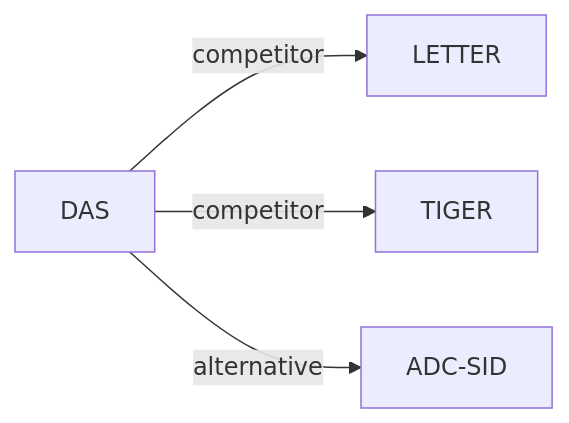
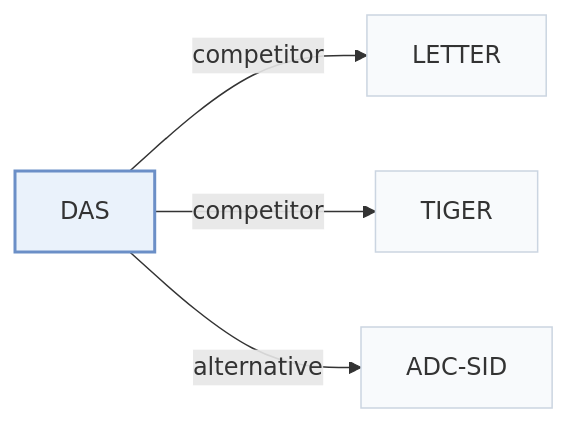
The second of 2 diagrams in pages/papers/das.md (Galaxy-ghost/Awesome-SID-Generative-Rec), drawn with Mermaid before and after one commit. The commit also changed other lines of this file and 649 other files, not shown here.

Commit message:
writer-05: also tags and modality index (schema, check, build, visuals); summary field removed; calibration data for 12 papers

````diff
--- a/pages/papers/das.md
+++ b/pages/papers/das.md
@@ -67,7 +74,11 @@
 ```mermaid
 flowchart LR
     P["DAS"]
-    P -->|competitor| A["LETTER"]
-    P -->|competitor| B["TIGER"]
-    P -->|alternative| C["ADC-SID"]
+    P -->|"competitor"| A["LETTER"]
+    P -->|"competitor"| B["TIGER"]
+    P -->|"alternative"| C["ADC-SID"]
+    classDef main fill:#eaf2fb,stroke:#6b8fc7,stroke-width:2px
+    classDef peer fill:#f8fafc,stroke:#cbd5e1
+    class P main
+    class A,B,C peer
 ```
````
